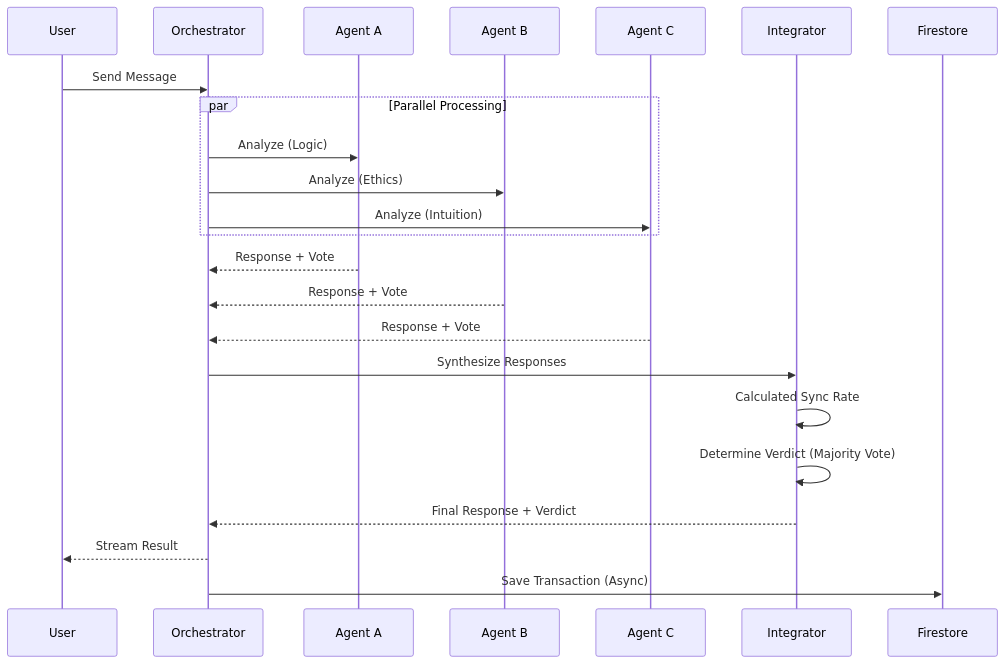
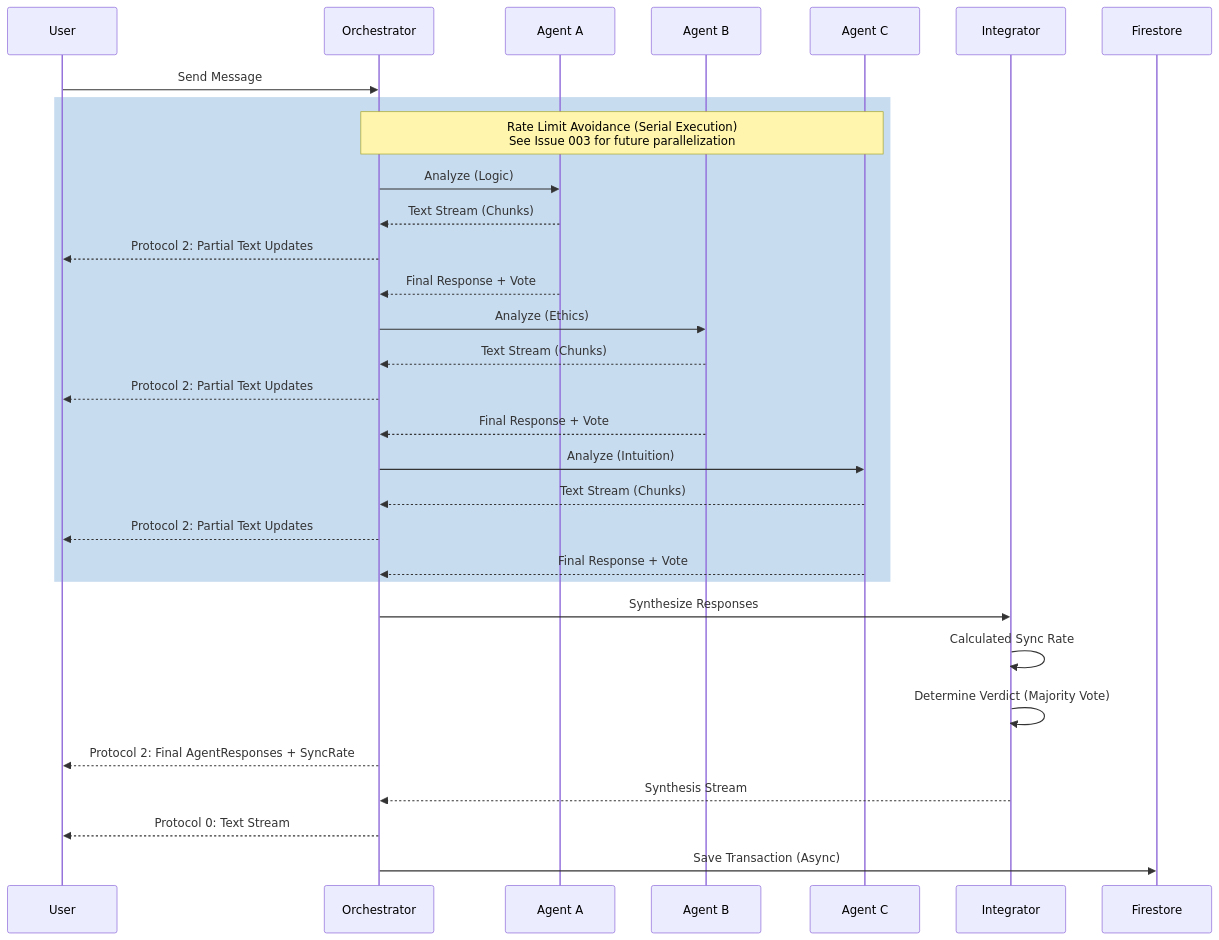
The second of 5 diagrams in docs/design/architecture.md (Kujo-n/maji-res), drawn with Mermaid before and after one commit. The commit also changed other lines of this file and 1 other file, not shown here.

Commit message:
docs: update architecture and specifications for agent streaming

````diff
--- a/docs/design/architecture.md
+++ b/docs/design/architecture.md
@@ -42,30 +42,37 @@
 ```mermaid
 sequenceDiagram
     participant U as User
     participant O as Orchestrator
     participant M as Agent A
     participant B as Agent B
     participant C as Agent C
     participant I as Integrator
     participant DB as Firestore
 
     U->>O: Send Message
     
-    par Parallel Processing
-        O->>M: Analyze (Logic)
-        O->>B: Analyze (Ethics)
-        O->>C: Analyze (Intuition)
+    rect rgb(200, 220, 240)
+    Note over O, C: Rate Limit Avoidance (Serial Execution)<br/>See Issue 003 for future parallelization
+    O->>M: Analyze (Logic)
+    M-->>O: Text Stream (Chunks)
+    O-->>U: Protocol 2: Partial Text Updates
+    M-->>O: Final Response + Vote
+    O->>B: Analyze (Ethics)
+    B-->>O: Text Stream (Chunks)
+    O-->>U: Protocol 2: Partial Text Updates
+    B-->>O: Final Response + Vote
+    O->>C: Analyze (Intuition)
+    C-->>O: Text Stream (Chunks)
+    O-->>U: Protocol 2: Partial Text Updates
+    C-->>O: Final Response + Vote
     end
-    
-    M-->>O: Response + Vote
-    B-->>O: Response + Vote
-    C-->>O: Response + Vote
     
     O->>I: Synthesize Responses
     I->>I: Calculated Sync Rate
     I->>I: Determine Verdict (Majority Vote)
-    I-->>O: Final Response + Verdict
+    O-->>U: Protocol 2: Final AgentResponses + SyncRate
     
-    O-->>U: Stream Result
+    I-->>O: Synthesis Stream
+    O-->>U: Protocol 0: Text Stream
     O->>DB: Save Transaction (Async)
 ```
````
